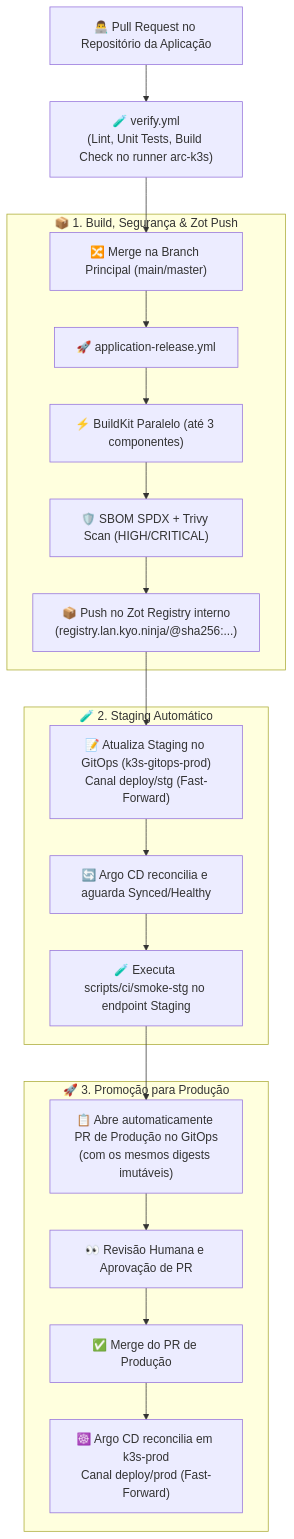
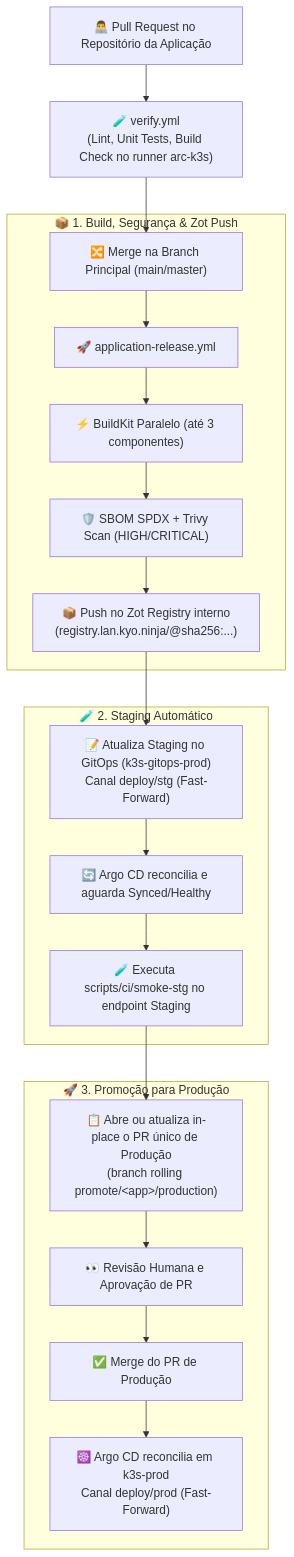
Before and after one commit to JustShinobi/platform-workflows: the diagram in README.md, drawn with Mermaid. The commit also changed other lines of this file and 3 other files, not shown here.

Commit message:
feat(release,rollback): update rolling production promote PRs in-place with monotonic watermarks

````diff
--- a/README.md
+++ b/README.md
@@ -18,25 +18,25 @@
 ```mermaid
 flowchart TD
     PR["👨‍💻 Pull Request no Repositório da Aplicação"] --> Verify["🧪 verify.yml<br/>(Lint, Unit Tests, Build Check no runner arc-k3s)"]
     Verify --> Merge["🔀 Merge na Branch Principal (main/master)"]
     
     subgraph ReleaseStage ["📦 1. Build, Segurança & Zot Push"]
         Merge --> Release["🚀 application-release.yml"]
         Release --> ParallelBuild["⚡ BuildKit Paralelo (até 3 componentes)"]
         ParallelBuild --> Security["🛡️ SBOM SPDX + Trivy Scan (HIGH/CRITICAL)"]
         Security --> Zot["📦 Push no Zot Registry interno<br/>(registry.lan.kyo.ninja/<app>@sha256:...)"]
     end
 
     subgraph StagingStage ["🧪 2. Staging Automático"]
         Zot --> AutoStg["📝 Atualiza Staging no GitOps (k3s-gitops-prod)<br/>Canal deploy/stg (Fast-Forward)"]
         AutoStg --> ArgoStg["🔄 Argo CD reconcilia e aguarda Synced/Healthy"]
         ArgoStg --> Smoke["🧪 Executa scripts/ci/smoke-stg no endpoint Staging"]
     end
 
     subgraph ProdStage ["🚀 3. Promoção para Produção"]
-        Smoke --> ProdPR["📋 Abre automaticamente PR de Produção no GitOps<br/>(com os mesmos digests imutáveis)"]
+        Smoke --> ProdPR["📋 Abre ou atualiza in-place o PR único de Produção<br/>(branch rolling promote/&lt;app&gt;/production)"]
         ProdPR --> HumanReview["👀 Revisão Humana e Aprovação de PR"]
         HumanReview --> ProdMerge["✅ Merge do PR de Produção"]
         ProdMerge --> ArgoProd["☸️ Argo CD reconcilia em k3s-prod<br/>Canal deploy/prod (Fast-Forward)"]
     end
 ```
````
